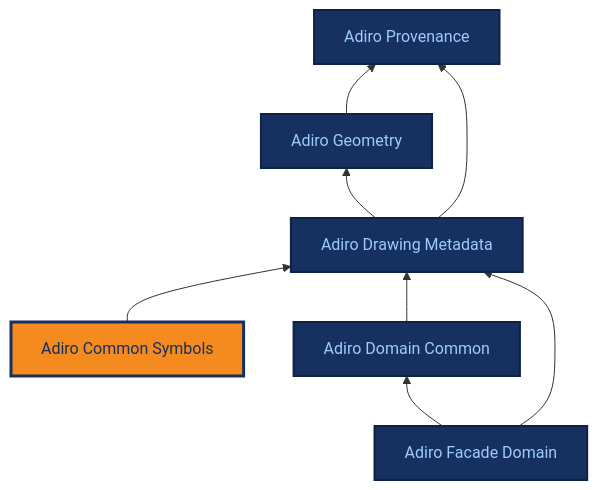
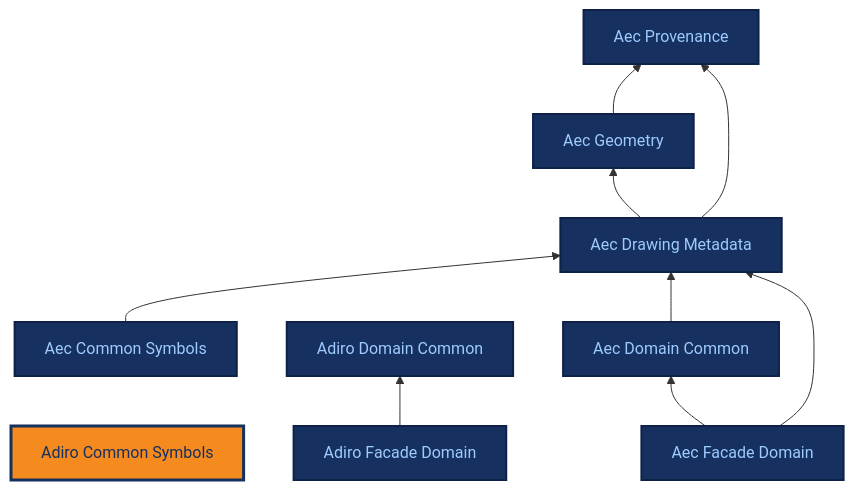
The diagram in docs/ontologies/adiro_common_symbols.md (BuroHappoldMachineLearning/ADIRO), drawn with Mermaid before and after one commit. The commit also changed other lines of this file and 162 other files, not shown here.

First line of the commit message:
feat: rename three modules, with the reference terms defined in adiro_drawing_symbology (#281, #277, #271)

````diff
--- a/docs/ontologies/adiro_common_symbols.md
+++ b/docs/ontologies/adiro_common_symbols.md
@@ -40,27 +46,34 @@
 ```mermaid
 %%{init: {"themeCSS": ".base .nodeLabel,.base .nodeLabel p,.base text,.base tspan{fill:#9ecbff !important;color:#9ecbff !important}.current .nodeLabel,.current .nodeLabel p,.current text,.current tspan{fill:#16305f !important;color:#16305f !important}"} }%%
 graph BT
-    adiro_provenance["Adiro Provenance"]
-    adiro_geometry["Adiro Geometry"]
-    adiro_drawing_metadata["Adiro Drawing Metadata"]
+    aec_provenance["Aec Provenance"]
+    aec_geometry["Aec Geometry"]
+    aec_drawing_metadata["Aec Drawing Metadata"]
     adiro_common_symbols["Adiro Common Symbols"]
+    aec_common_symbols["Aec Common Symbols"]
     adiro_domain_common["Adiro Domain Common"]
+    aec_domain_common["Aec Domain Common"]
     adiro_facade_domain["Adiro Facade Domain"]
-    adiro_geometry --> adiro_provenance
-    adiro_drawing_metadata --> adiro_geometry
-    adiro_drawing_metadata --> adiro_provenance
-    adiro_common_symbols --> adiro_drawing_metadata
-    adiro_domain_common --> adiro_drawing_metadata
+    aec_facade_domain["Aec Facade Domain"]
+    aec_geometry --> aec_provenance
+    aec_drawing_metadata --> aec_geometry
+    aec_drawing_metadata --> aec_provenance
+    aec_common_symbols --> aec_drawing_metadata
+    aec_domain_common --> aec_drawing_metadata
     adiro_facade_domain --> adiro_domain_common
-    adiro_facade_domain --> adiro_drawing_metadata
-    click adiro_provenance "../adiro_provenance/" "Adiro Provenance reference page"
-    click adiro_geometry "../adiro_geometry/" "Adiro Geometry reference page"
-    click adiro_drawing_metadata "../adiro_drawing_metadata/" "Adiro Drawing Metadata reference page"
+    aec_facade_domain --> aec_domain_common
+    aec_facade_domain --> aec_drawing_metadata
+    click aec_provenance "../aec_provenance/" "Aec Provenance reference page"
+    click aec_geometry "../aec_geometry/" "Aec Geometry reference page"
+    click aec_drawing_metadata "../aec_drawing_metadata/" "Aec Drawing Metadata reference page"
     click adiro_common_symbols "../adiro_common_symbols/" "Adiro Common Symbols reference page"
+    click aec_common_symbols "../aec_common_symbols/" "Aec Common Symbols reference page"
     click adiro_domain_common "../adiro_domain_common/" "Adiro Domain Common reference page"
+    click aec_domain_common "../aec_domain_common/" "Aec Domain Common reference page"
     click adiro_facade_domain "../adiro_facade_domain/" "Adiro Facade Domain reference page"
+    click aec_facade_domain "../aec_facade_domain/" "Aec Facade Domain reference page"
     classDef base fill:#16305f,stroke:#0e2247,stroke-width:2px,color:#9ecbff;
-    class adiro_provenance,adiro_geometry,adiro_drawing_metadata,adiro_domain_common,adiro_facade_domain base;
+    class aec_provenance,aec_geometry,aec_drawing_metadata,aec_common_symbols,adiro_domain_common,aec_domain_common,adiro_facade_domain,aec_facade_domain base;
     classDef current fill:#f58a1f,stroke:#16305f,stroke-width:3px,color:#16305f;
     class adiro_common_symbols current;
 ```
````
